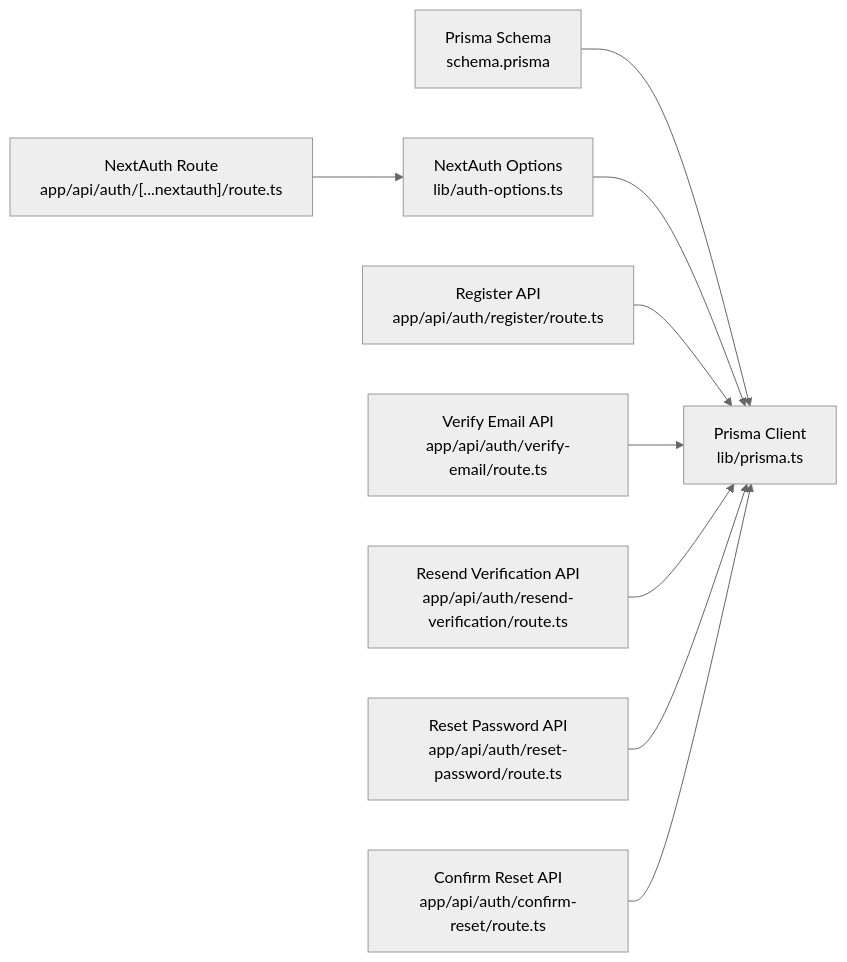
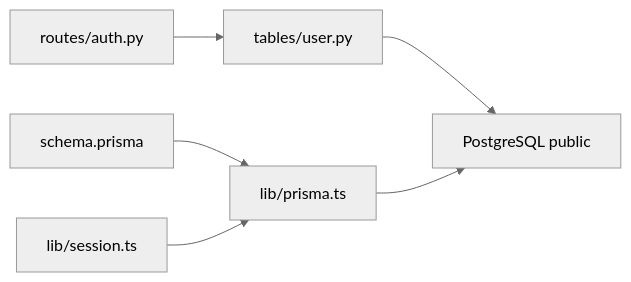
The fifth of 5 diagrams in src/data/docs/talentsync/Database Design/User Management System.md (tashifkhan/tashif.codes), drawn with Mermaid (neutral theme) before and after one commit. The commit also changed other lines of this file and 2128 other files, not shown here.

First line of the commit message:
docs: replace raster diagram images with native Mermaid across project guides

````diff
--- a/src/data/docs/talentsync/Database Design/User Management System.md
+++ b/src/data/docs/talentsync/Database Design/User Management System.md
@@ -362,11 +109,8 @@
 ```mermaid
 graph LR
-SCHEMA["Prisma Schema<br/>schema.prisma"] --> PRISMA_TS["Prisma Client<br/>lib/prisma.ts"]
-AUTH_OPTS["NextAuth Options<br/>lib/auth-options.ts"] --> PRISMA_TS
-AUTH_ROUTE["NextAuth Route<br/>app/api/auth/[...nextauth]/route.ts"] --> AUTH_OPTS
-REG_API["Register API<br/>app/api/auth/register/route.ts"] --> PRISMA_TS
-VERIFY_API["Verify Email API<br/>app/api/auth/verify-email/route.ts"] --> PRISMA_TS
-RESEND_API["Resend Verification API<br/>app/api/auth/resend-verification/route.ts"] --> PRISMA_TS
-RESET_API["Reset Password API<br/>app/api/auth/reset-password/route.ts"] --> PRISMA_TS
-CONFIRM_API["Confirm Reset API<br/>app/api/auth/confirm-reset/route.ts"] --> PRISMA_TS
+SCHEMA["schema.prisma"] --> CLIENT["lib/prisma.ts"]
+SESS["lib/session.ts"] --> CLIENT
+AUTH["routes/auth.py"] --> TABLES["tables/user.py"]
+TABLES --> PG["PostgreSQL public"]
+CLIENT --> PG
 ```
````
